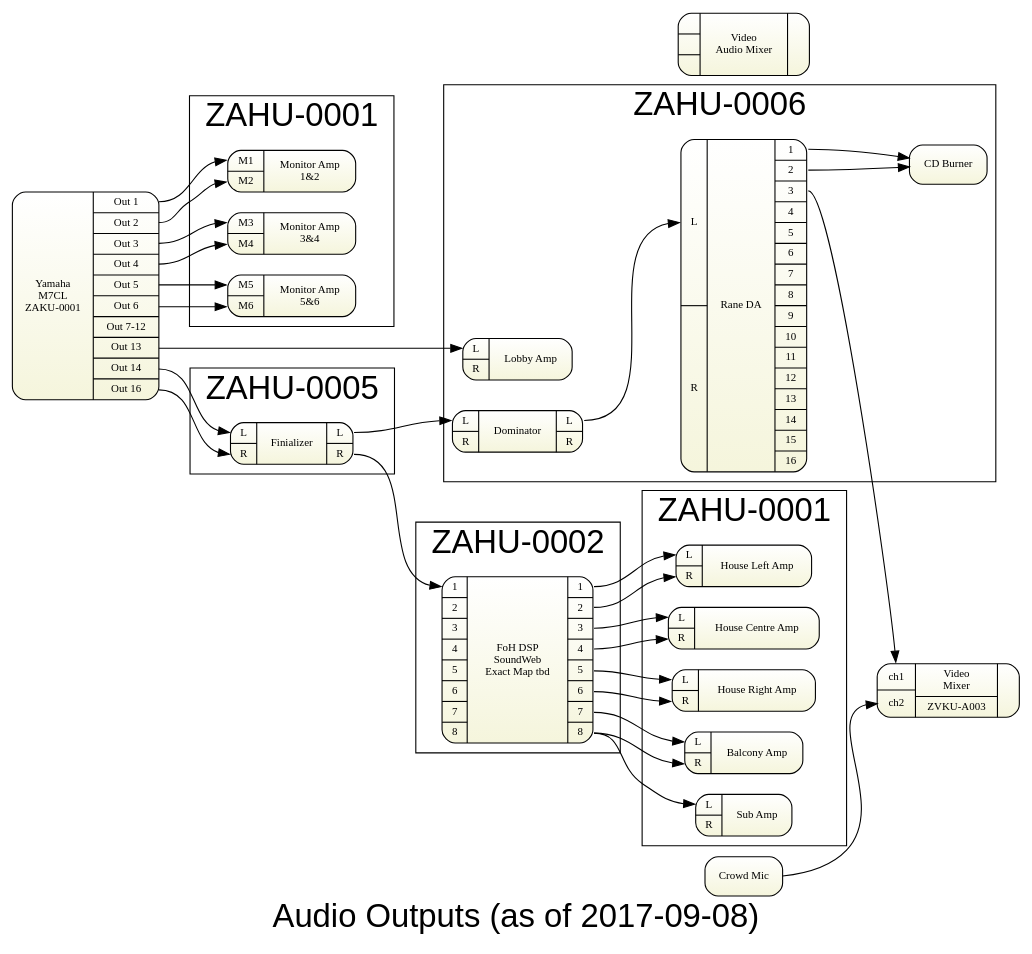
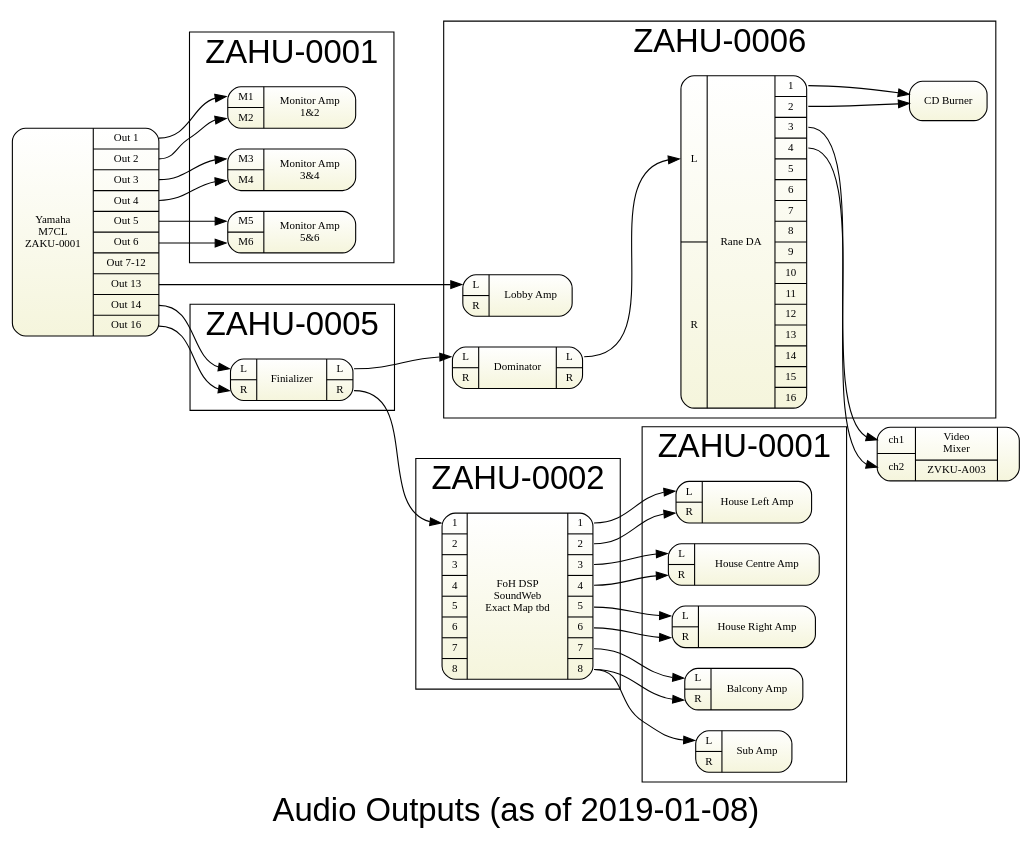
Before and after one commit to avmaint/uactechdoc: the diagram in sda-outputs.gv, drawn with Graphviz. The commit also changed 2 other files, not shown here.

```diff
--- a/sda-outputs.gv
+++ b/sda-outputs.gv
@@ -1,6 +1,6 @@
 digraph outputs { 
 graph [overlap = true, fontsize = 30, rankdir=LR 
-      label="Audio Outputs (as of 2017-09-08)",
+      label="Audio Outputs (as of 2019-01-08)",
       fontname = Helvetica]
 
 node [shape=Mrecord, tooltip="" ,  fontsize = 10,
@@ -221,15 +221,12 @@
 final:ol -> dom:il
 dom:ol -> rane:il
 
-videoaudio  [label="{{<i1> |<i2> | <i3>} |Video\nAudio Mixer|<o1>}"]
 videomix  [label="{{<i1>ch1|<i2>ch2 } |{Video\nMixer|ZVKU-A003}|<o1>}"]
 
-crowd [label="Crowd Mic"]
-
+ 
 rane:o1 -> burner:i1
 rane:o2 -> burner:i2
 rane:o3 -> videomix:i1
- crowd   -> videomix:i2
-
-{rank=same;  videoaudio  crowd}
+rane:o4 -> videomix:i2
+ 
   } 
```
